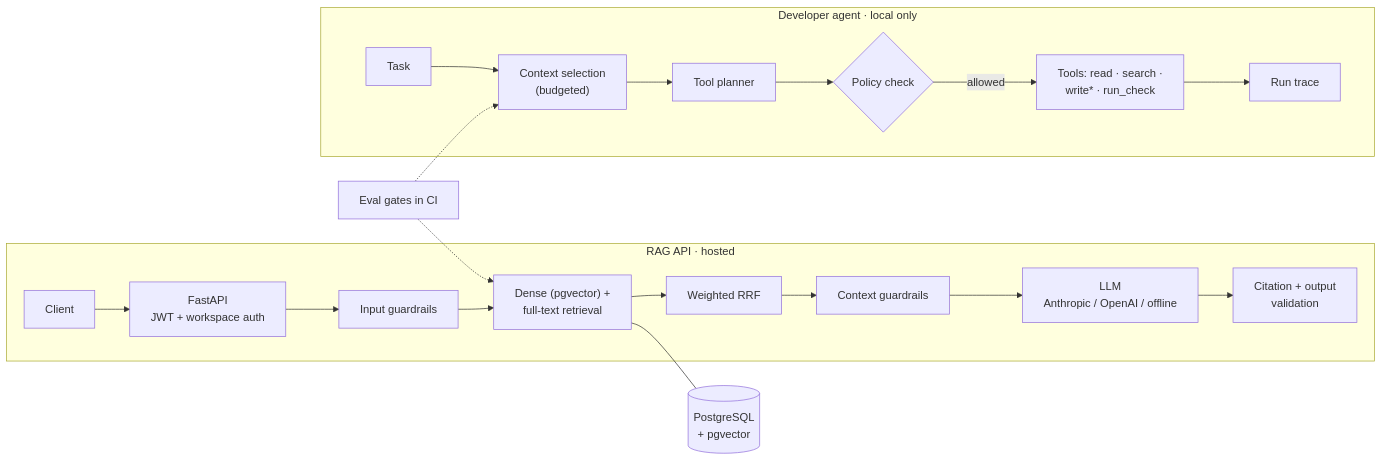
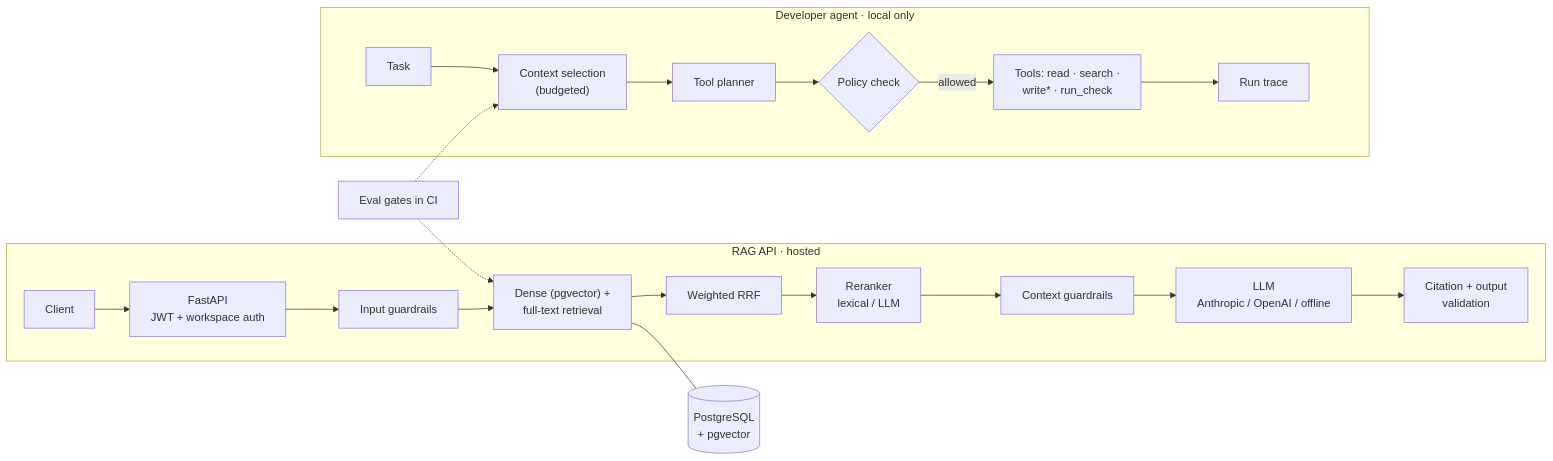
The diagram in README.md (FarnazNK/grounded-agent-platform), drawn with Mermaid before and after one commit. The commit also changed other lines of this file and 3 other files, not shown here.

````diff
--- a/README.md
+++ b/README.md
@@ -62,25 +75,26 @@
 ```mermaid
 flowchart LR
     subgraph RAG["RAG API · hosted"]
         C["Client"] --> A["FastAPI<br/>JWT + workspace auth"]
         A --> GI["Input guardrails"]
         GI --> R["Dense (pgvector) +<br/>full-text retrieval"]
         R --> F["Weighted RRF"]
-        F --> GC["Context guardrails"]
+        F --> RR["Reranker<br/>lexical / LLM"]
+        RR --> GC["Context guardrails"]
         GC --> L["LLM<br/>Anthropic / OpenAI / offline"]
         L --> GO["Citation + output<br/>validation"]
     end
     DB[("PostgreSQL<br/>+ pgvector")]
     R --- DB
 
     subgraph DEV["Developer agent · local only"]
         T["Task"] --> CX["Context selection<br/>(budgeted)"]
         CX --> P["Tool planner"]
         P --> PO{"Policy check"}
         PO -->|allowed| TO["Tools: read · search ·<br/>write* · run_check"]
         TO --> TR["Run trace"]
     end
 
     E["Eval gates in CI"] -.-> R
     E -.-> CX
 ```
````
